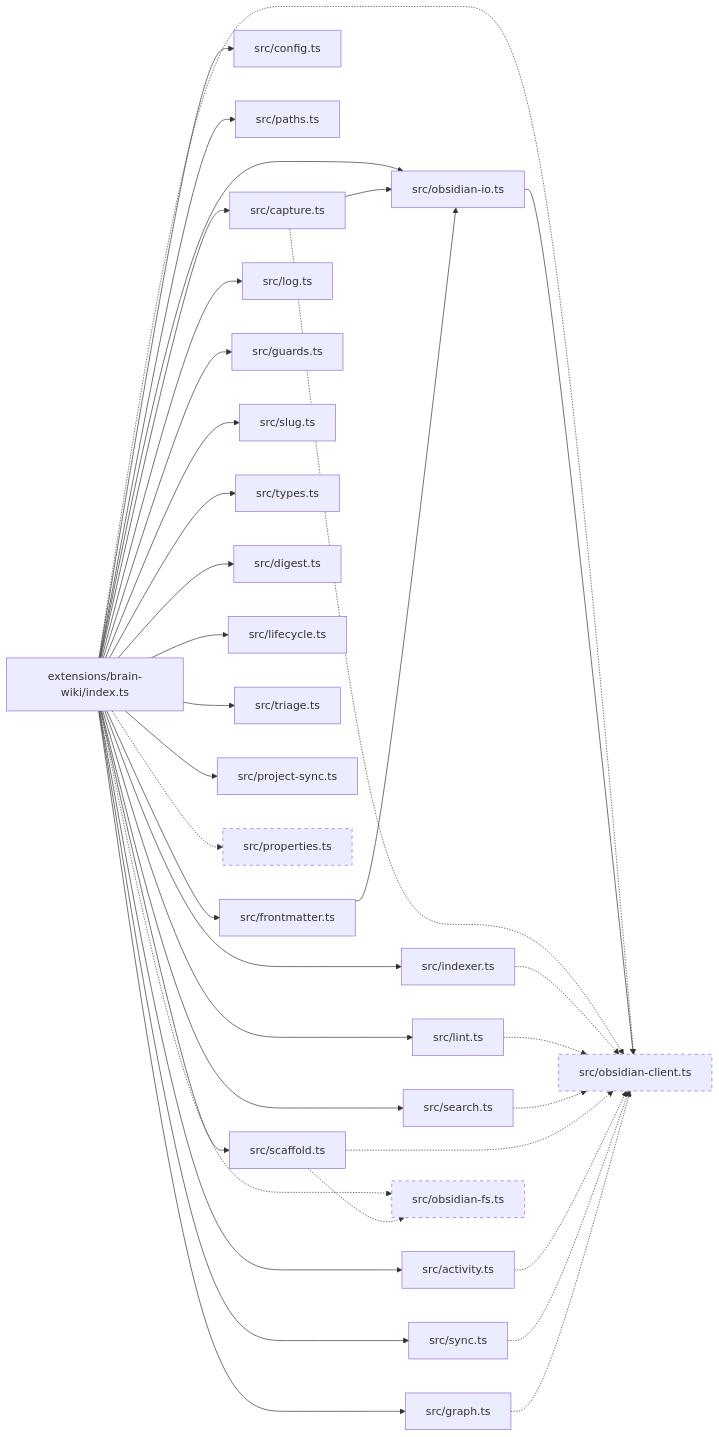
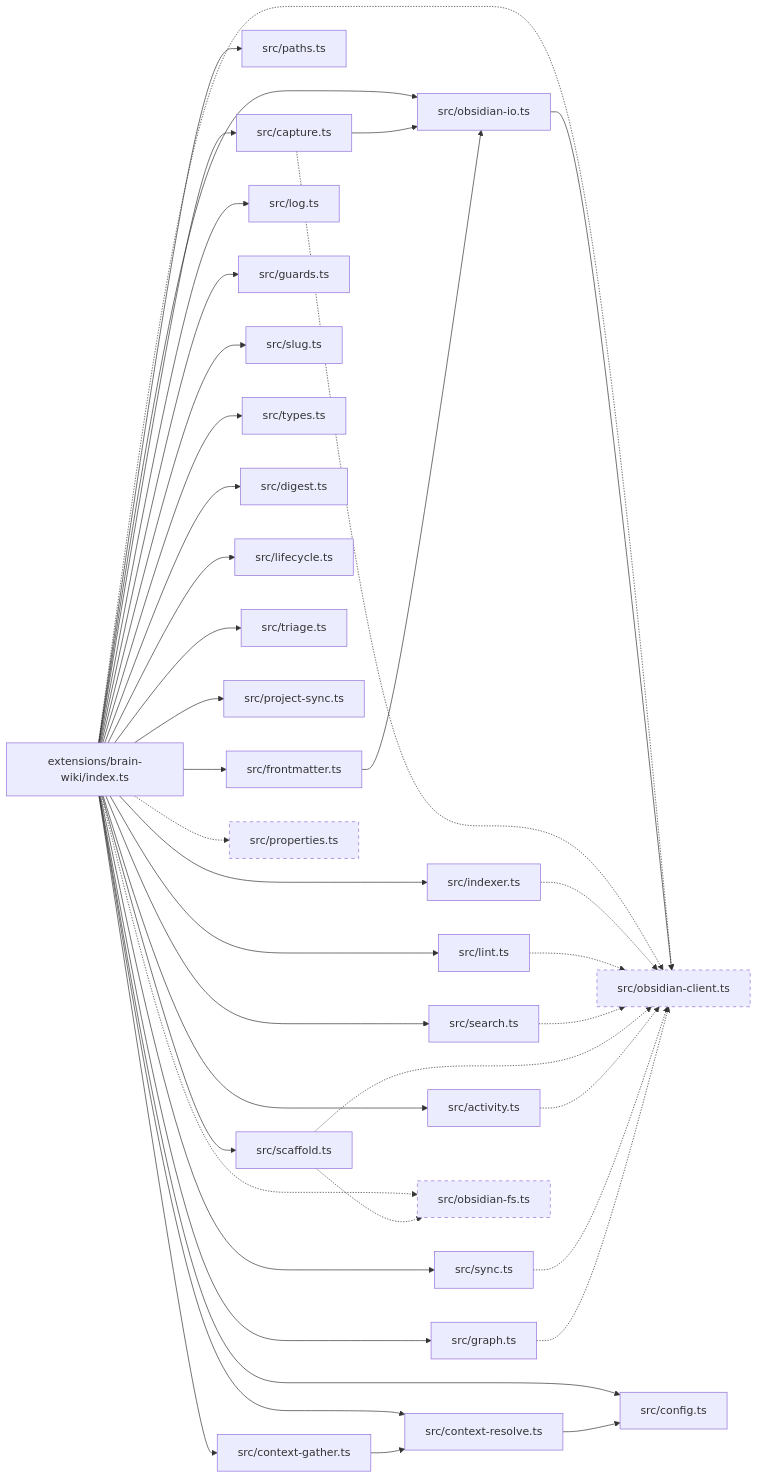
The diagram in repoWiki/01_maps/module_map.md (zhazhazuo/pi-brain-wiki), drawn with Mermaid before and after one commit. The commit also changed other lines of this file and 9 other files, not shown here.

````diff
--- a/repoWiki/01_maps/module_map.md
+++ b/repoWiki/01_maps/module_map.md
@@ -3,63 +3,69 @@
 ```mermaid
 flowchart LR
   Index[extensions/brain-wiki/index.ts]
   Capture[src/capture.ts]
   Config[src/config.ts]
   Paths[src/paths.ts]
   Scaffold[src/scaffold.ts]
   Fm[src/frontmatter.ts]
   Indexer[src/indexer.ts]
   Lint[src/lint.ts]
   Search[src/search.ts]
   Log[src/log.ts]
   Activity[src/activity.ts]
   Guards[src/guards.ts]
   Slug[src/slug.ts]
   Types[src/types.ts]
   Digest[src/digest.ts]
   Lifecycle[src/lifecycle.ts]
   Sync[src/sync.ts]
   Triage[src/triage.ts]
   ProjectSync[src/project-sync.ts]
   Graph[src/graph.ts]
+  ContextResolve[src/context-resolve.ts]
+  ContextGather[src/context-gather.ts]
   ObsidianIo[src/obsidian-io.ts]
 
   Index --> Capture
   Index --> Config
   Index --> Paths
   Index --> Scaffold
   Index --> Fm
   Index --> Indexer
   Index --> Lint
   Index --> Search
   Index --> Log
   Index --> Activity
   Index --> Guards
   Index --> Slug
   Index --> Types
   Index --> Digest
   Index --> Lifecycle
   Index --> Sync
   Index --> Triage
   Index --> ProjectSync
   Index --> Graph
+  Index --> ContextResolve
+  Index --> ContextGather
+  ContextGather --> ContextResolve
+  ContextResolve --> Config
   Index -.-> ObsidianClient[src/obsidian-client.ts]
   Index --> ObsidianIo
   ObsidianIo --> ObsidianClient
   Index -.-> ObsidianFs[src/obsidian-fs.ts]
   Index -.-> Properties[src/properties.ts]
   Capture -.-> ObsidianClient
   Capture --> ObsidianIo
   Fm --> ObsidianIo
   Indexer -.-> ObsidianClient
   Lint -.-> ObsidianClient
   Search -.-> ObsidianClient
   Scaffold -.-> ObsidianFs
   Scaffold -.-> ObsidianClient
   Activity -.-> ObsidianClient
   Sync -.-> ObsidianClient
   Graph -.-> ObsidianClient
 
   classDef new stroke-dasharray: 5 5
   class ObsidianClient,ObsidianFs,Properties new
 ```
````
